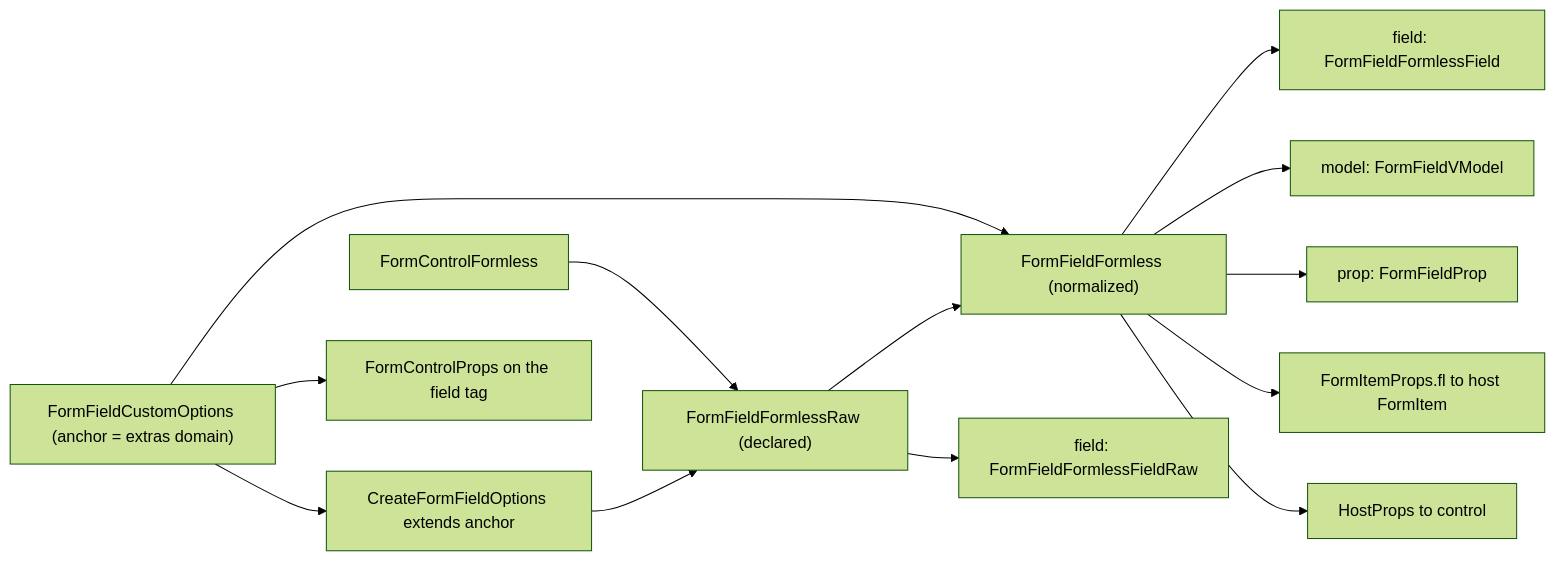
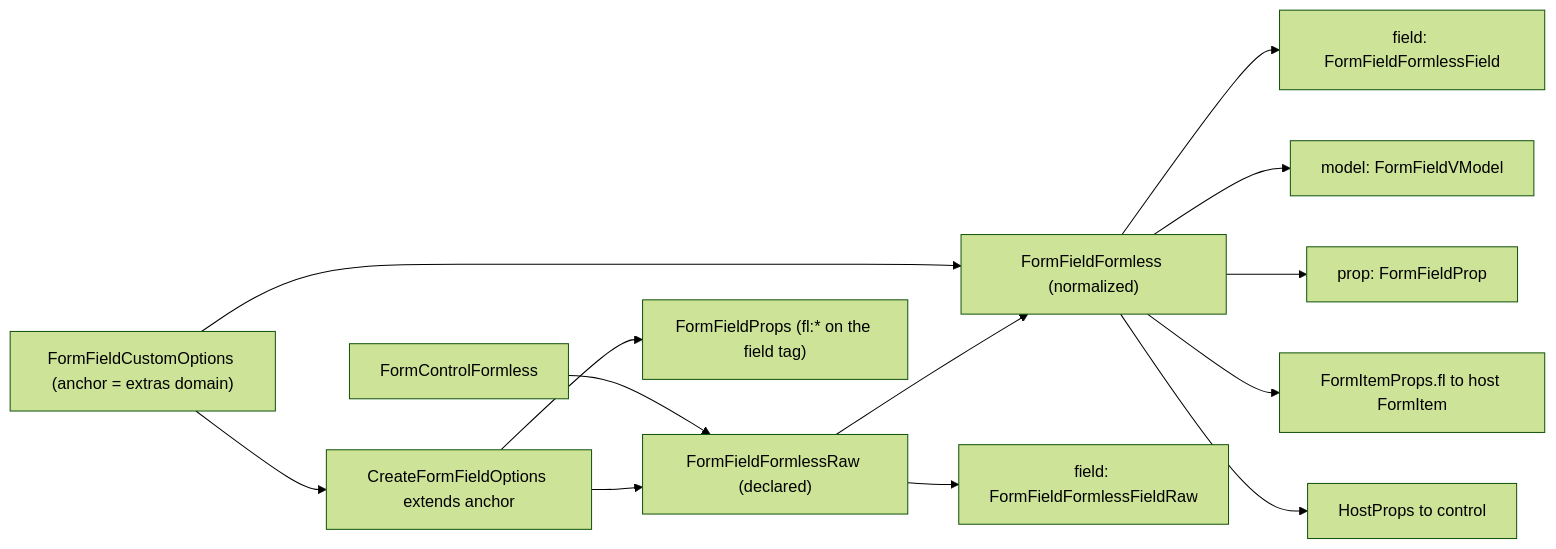
The diagram in docs/adr/022-type-taxonomy.md (xuyimingwork/vue-formless), drawn with Mermaid (forest theme) before and after one commit. The commit also changed other lines of this file and 8 other files, not shown here.

````diff
--- a/docs/adr/022-type-taxonomy.md
+++ b/docs/adr/022-type-taxonomy.md
@@ -131,15 +132,15 @@
 ```mermaid
 flowchart LR
   Ctrl["FormControlFormless"] --> Raw["FormFieldFormlessRaw (declared)"]
   Custom["FormFieldCustomOptions (anchor = extras domain)"] --> Options["CreateFormFieldOptions extends anchor"]
   Options --> Raw
   Custom --> Snap["FormFieldFormless (normalized)"]
   Raw --> Snap
-  Custom --> TagProps["FormControlProps on the field tag"]
+  Options --> TagProps["FormFieldProps (fl:* on the field tag)"]
   Raw --> FieldRaw["field: FormFieldFormlessFieldRaw"]
   Snap --> Field["field: FormFieldFormlessField"]
   Snap --> VModel["model: FormFieldVModel"]
   Snap --> Prop["prop: FormFieldProp"]
   Snap --> ItemProps["FormItemProps.fl to host FormItem"]
   Snap --> CtrlProps["HostProps to control"]
 ```
````
